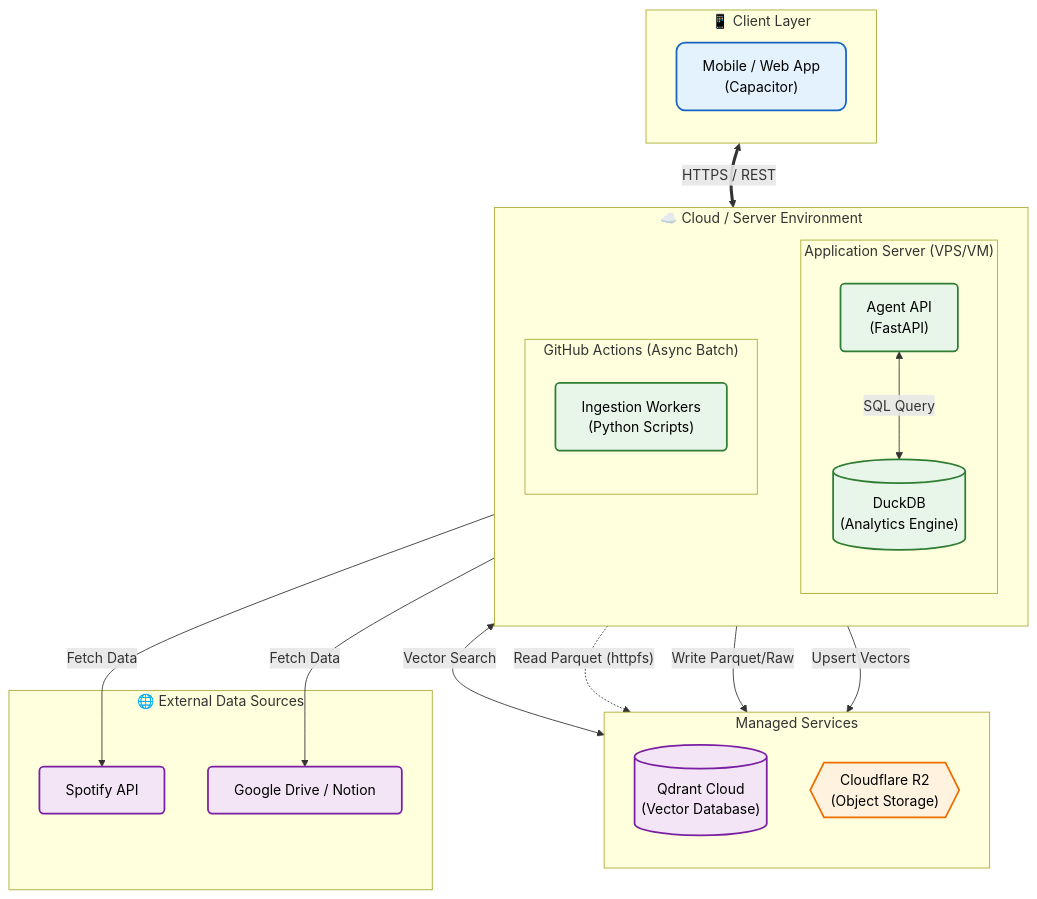
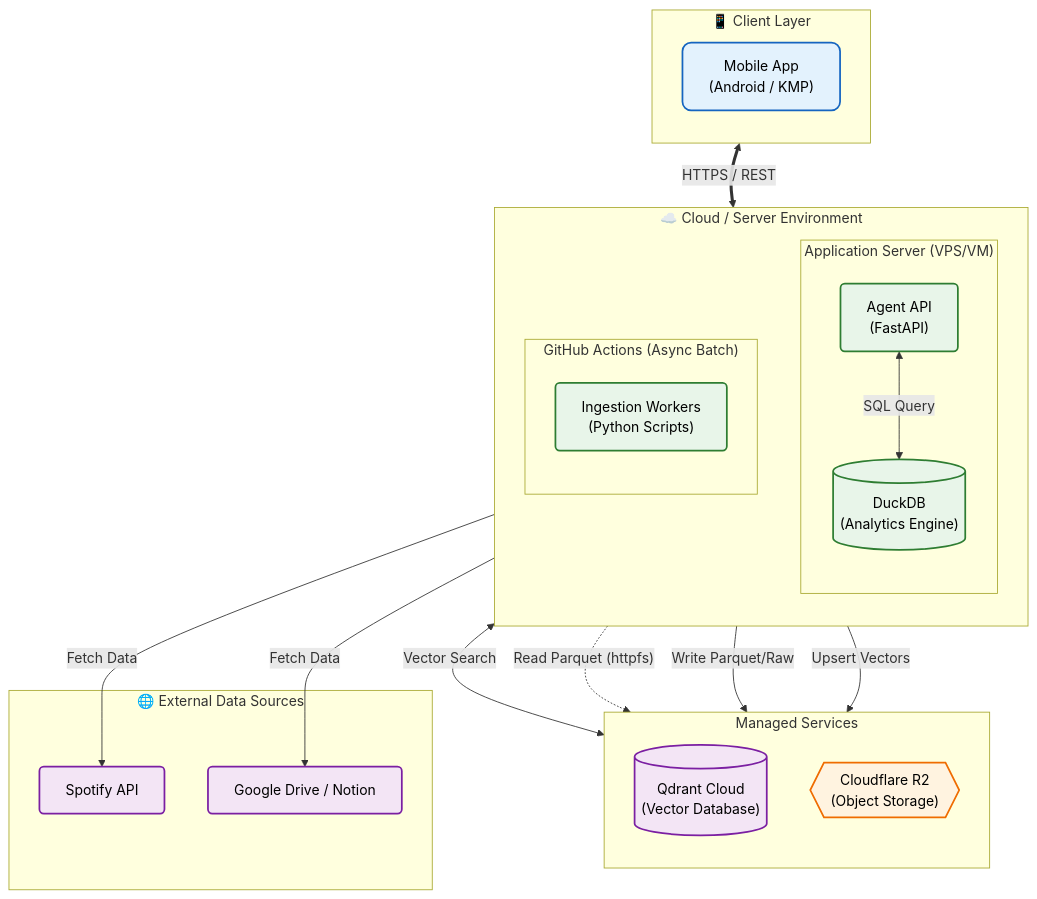
One commit to endo-ava/ego-graph changed the first of 2 diagrams in docs/10.architecture/1001_system_architecture.md. Above: the diagram before and after it, drawn with Mermaid. The commit also changed other lines of this file and 8 other files, not shown here.

````diff
--- a/docs/10.architecture/1001_system_architecture.md
+++ b/docs/10.architecture/1001_system_architecture.md
@@ -12,58 +12,58 @@
 ```mermaid
 flowchart TB
     %% Styles
     classDef client fill:#e3f2fd,stroke:#1565c0,stroke-width:2px,color:black,rx:10,ry:10;
     classDef server fill:#e8f5e9,stroke:#2e7d32,stroke-width:2px,color:black,rx:5,ry:5;
     classDef storage fill:#fff3e0,stroke:#ef6c00,stroke-width:2px,color:black,shape:cyl;
     classDef external fill:#f3e5f5,stroke:#7b1fa2,stroke-width:2px,color:black,rx:5,ry:5;
     classDef process fill:#fff,stroke:#666,stroke-width:1px,stroke-dasharray: 5 5,color:#666;
 
     subgraph ClientLayer ["📱 Client Layer"]
         direction TB
-        MobileApp["Mobile / Web App\n(Capacitor)"]:::client
+        MobileApp["Mobile App\n(Android / KMP)"]:::client
     end
 
     subgraph CloudEnv ["☁️ Cloud / Server Environment"]
         direction TB
 
         subgraph AppLayer ["Application Server (VPS/VM)"]
             direction TB
             AgentAPI["Agent API\n(FastAPI)"]:::server
             DuckDB[("DuckDB\n(Analytics Engine)")]:::server
         end
 
         subgraph IngestionLayer ["GitHub Actions (Async Batch)"]
             direction TB
             GHA["Ingestion Workers\n(Python Scripts)"]:::server
         end
     end
 
     subgraph ManagedServices ["Managed Services"]
         direction TB
         Qdrant[("Qdrant Cloud\n(Vector Database)")]:::external
         R2{{"Cloudflare R2\n(Object Storage)"}}:::storage
     end
 
     subgraph DataSources ["🌐 External Data Sources"]
         Spotify["Spotify API"]:::external
         Docs["Google Drive / Notion"]:::external
     end
 
     %% Connectivity
     MobileApp <==>|"HTTPS / REST"| AgentAPI
 
     AgentAPI <-->|"SQL Query"| DuckDB
     AgentAPI <-->|"Vector Search"| Qdrant
 
     DuckDB -.->|"Read Parquet (httpfs)"| R2
 
     GHA -->|"Fetch Data"| Spotify
     GHA -->|"Fetch Data"| Docs
     GHA -->|"Write Parquet/Raw"| R2
     GHA -->|"Upsert Vectors"| Qdrant
 
     %% Layout Positioning
     MobileApp ~~~ AgentAPI
     AgentAPI ~~~ Qdrant
     GHA ~~~ R2
 ```
````
